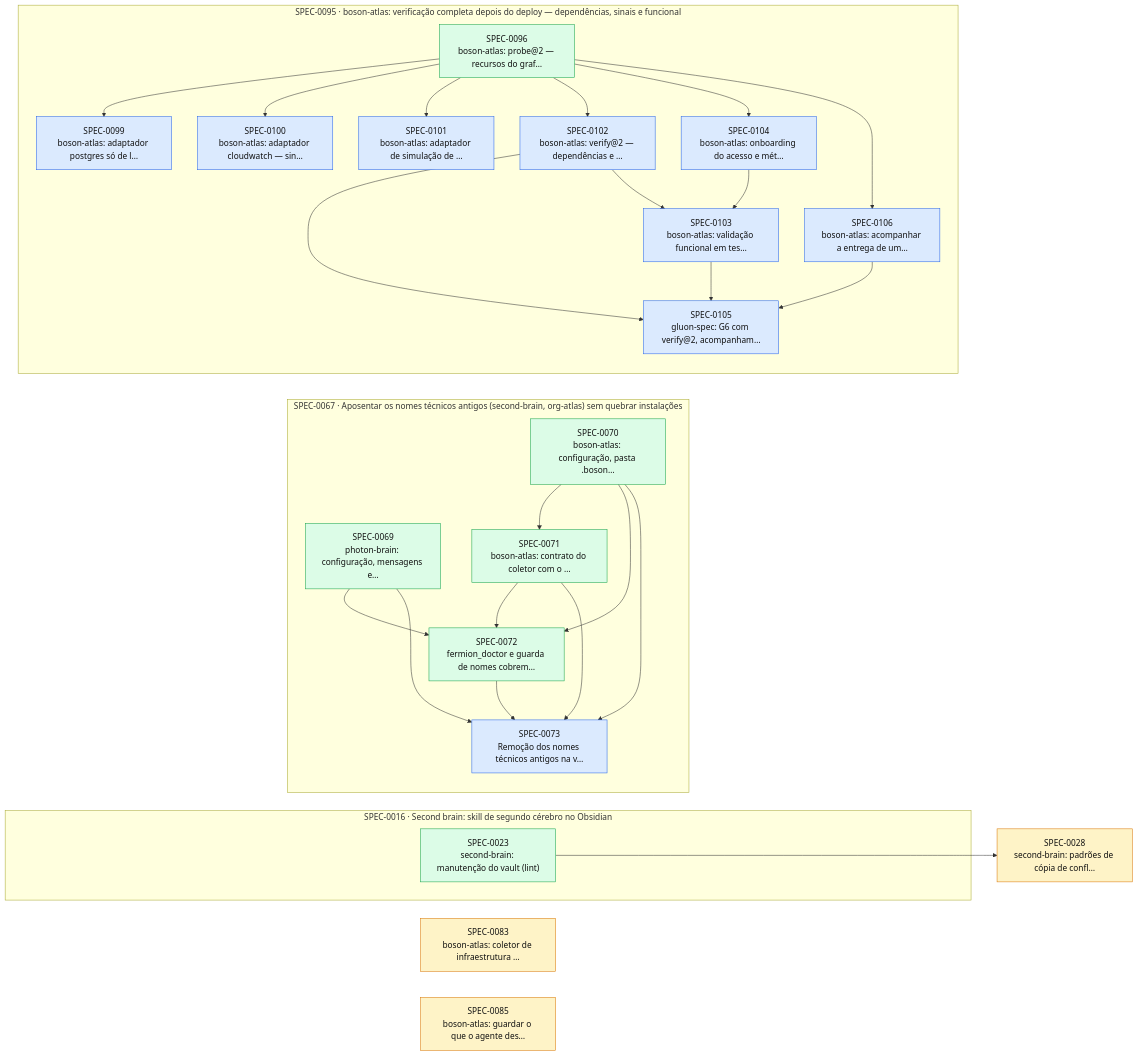
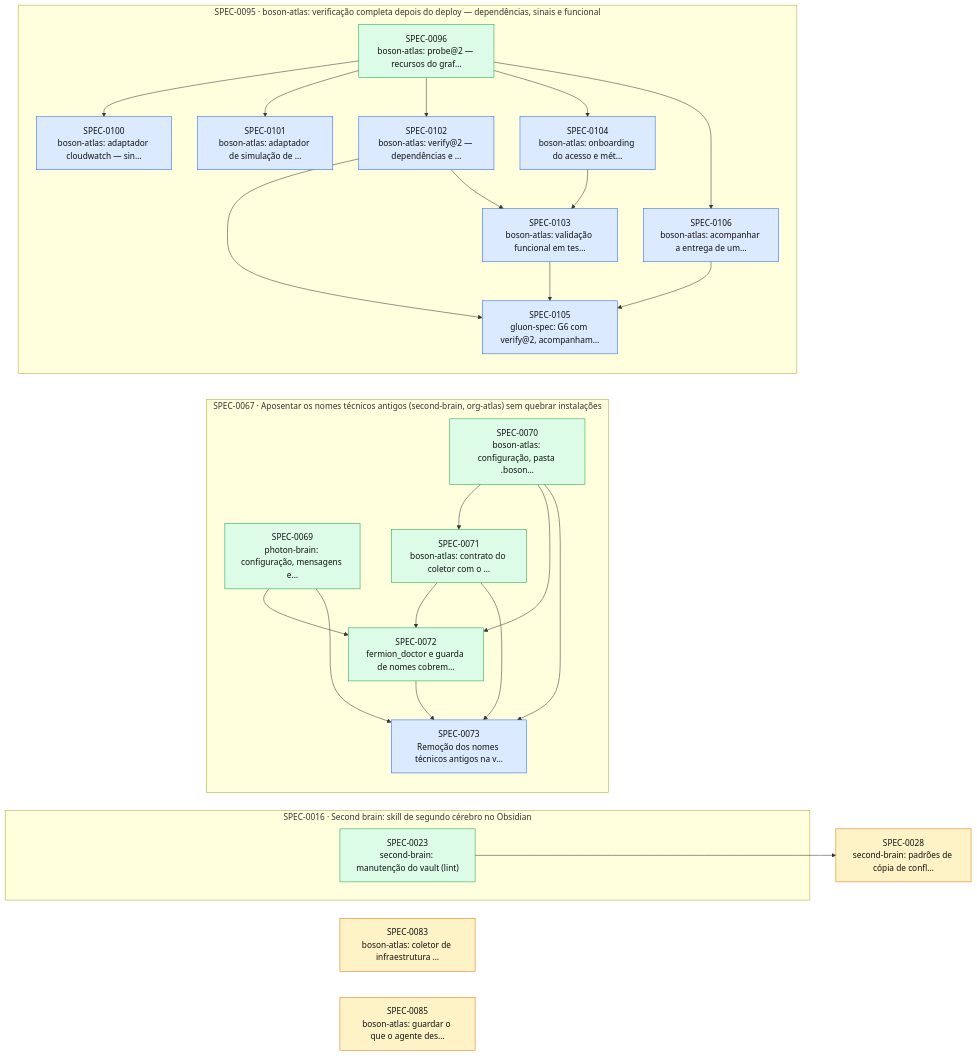
The diagram in docs/specs/INDEX.md (thomasravache/ai-dev-brain), drawn with Mermaid before and after one commit. The commit also changed other lines of this file and 1 other file, not shown here.

First line of the commit message:
docs(specs): G7 e fechamento da SPEC-0099

````diff
--- a/docs/specs/INDEX.md
+++ b/docs/specs/INDEX.md
@@ -73,52 +72,50 @@
 ```mermaid
 flowchart LR
   S0028["SPEC-0028<br/>second-brain: padrões de cópia de confl…"]:::proposed
   S0083["SPEC-0083<br/>boson-atlas: coletor de infraestrutura …"]:::proposed
   S0085["SPEC-0085<br/>boson-atlas: guardar o que o agente des…"]:::proposed
   subgraph E0016["SPEC-0016 · Second brain: skill de segundo cérebro no Obsidian"]
     S0023["SPEC-0023<br/>second-brain: manutenção do vault (lint)"]:::implemented
   end
   subgraph E0067["SPEC-0067 · Aposentar os nomes técnicos antigos (second-brain, org-atlas) sem quebrar instalações"]
     S0069["SPEC-0069<br/>photon-brain: configuração, mensagens e…"]:::implemented
     S0070["SPEC-0070<br/>boson-atlas: configuração, pasta .boson…"]:::implemented
     S0071["SPEC-0071<br/>boson-atlas: contrato do coletor com o …"]:::implemented
     S0072["SPEC-0072<br/>fermion_doctor e guarda de nomes cobrem…"]:::implemented
     S0073["SPEC-0073<br/>Remoção dos nomes técnicos antigos na v…"]:::approved
   end
   subgraph E0095["SPEC-0095 · boson-atlas: verificação completa depois do deploy — dependências, sinais e funcional"]
     S0096["SPEC-0096<br/>boson-atlas: probe@2 — recursos do graf…"]:::implemented
-    S0099["SPEC-0099<br/>boson-atlas: adaptador postgres só de l…"]:::approved
     S0100["SPEC-0100<br/>boson-atlas: adaptador cloudwatch — sin…"]:::approved
     S0101["SPEC-0101<br/>boson-atlas: adaptador de simulação de …"]:::approved
     S0102["SPEC-0102<br/>boson-atlas: verify@2 — dependências e …"]:::approved
     S0103["SPEC-0103<br/>boson-atlas: validação funcional em tes…"]:::approved
     S0104["SPEC-0104<br/>boson-atlas: onboarding do acesso e mét…"]:::approved
     S0105["SPEC-0105<br/>gluon-spec: G6 com verify@2, acompanham…"]:::approved
     S0106["SPEC-0106<br/>boson-atlas: acompanhar a entrega de um…"]:::approved
   end
   S0023 --> S0028
   S0070 --> S0071
   S0069 --> S0072
   S0070 --> S0072
   S0071 --> S0072
   S0069 --> S0073
   S0070 --> S0073
   S0071 --> S0073
   S0072 --> S0073
-  S0096 --> S0099
   S0096 --> S0100
   S0096 --> S0101
   S0096 --> S0102
   S0102 --> S0103
   S0104 --> S0103
   S0096 --> S0104
   S0102 --> S0105
   S0103 --> S0105
   S0106 --> S0105
   S0096 --> S0106
   classDef proposed fill:#fef3c7,stroke:#d97706,color:#111
   classDef approved fill:#dbeafe,stroke:#2563eb,color:#111
   classDef inprogress fill:#ede9fe,stroke:#7c3aed,color:#111
   classDef implemented fill:#dcfce7,stroke:#16a34a,color:#111
   classDef deprecated fill:#f3f4f6,stroke:#9ca3af,color:#6b7280
 ```
````
